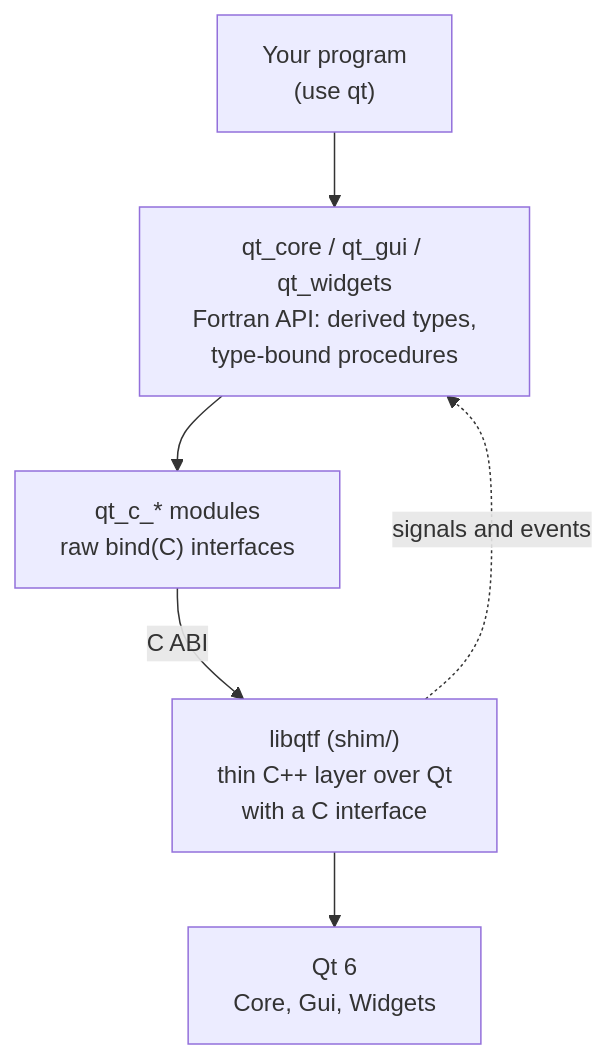
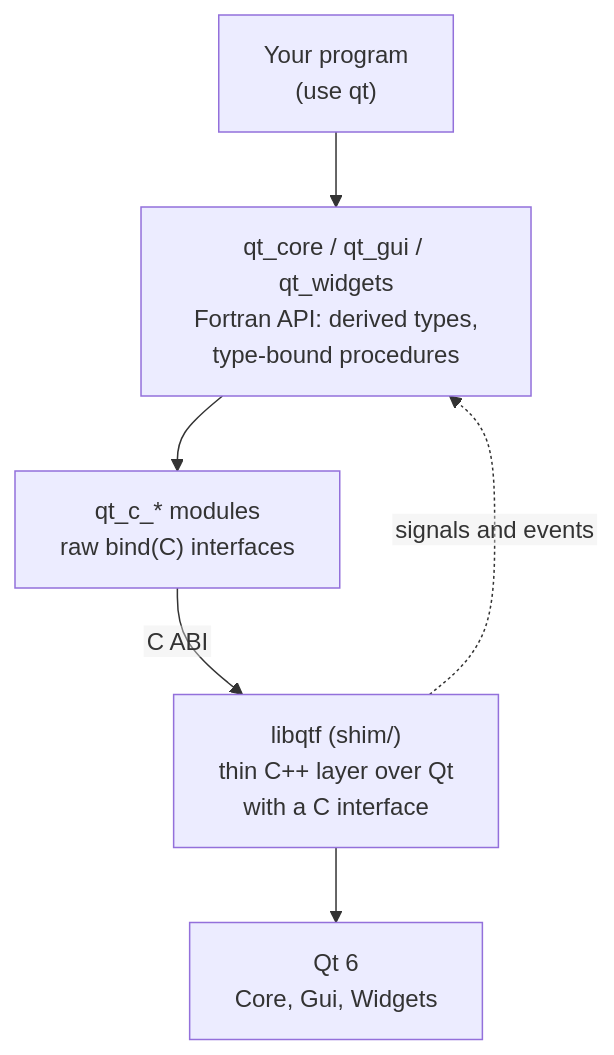
The diagram in README.md (jacobwilliams/qt-fortran), drawn with Mermaid before and after one commit.

Commit message:
try again

````diff
--- a/README.md
+++ b/README.md
@@ -200,13 +200,14 @@
 ```mermaid
+%%{init: {"flowchart": {"htmlLabels": false}}}%%
 flowchart TD
     app["Your program<br/>(use qt)"]
     api["qt_core / qt_gui / qt_widgets<br/>Fortran API: derived types,<br/>type-bound procedures"]
     raw["qt_c_* modules<br/>raw bind(C) interfaces"]
     shim["libqtf (shim/)<br/>thin C++ layer over Qt<br/>with a C interface"]
     qt["Qt 6<br/>Core, Gui, Widgets"]
 
     app --> api --> raw
     raw -- C ABI --> shim
     shim --> qt
     shim -. signals and events .-> api
 ```
````
